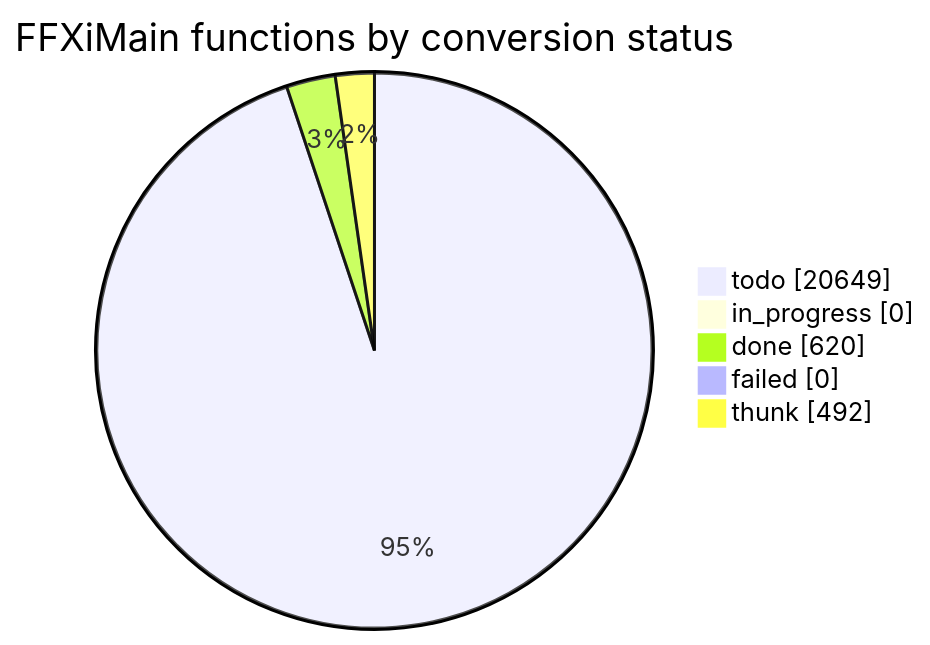
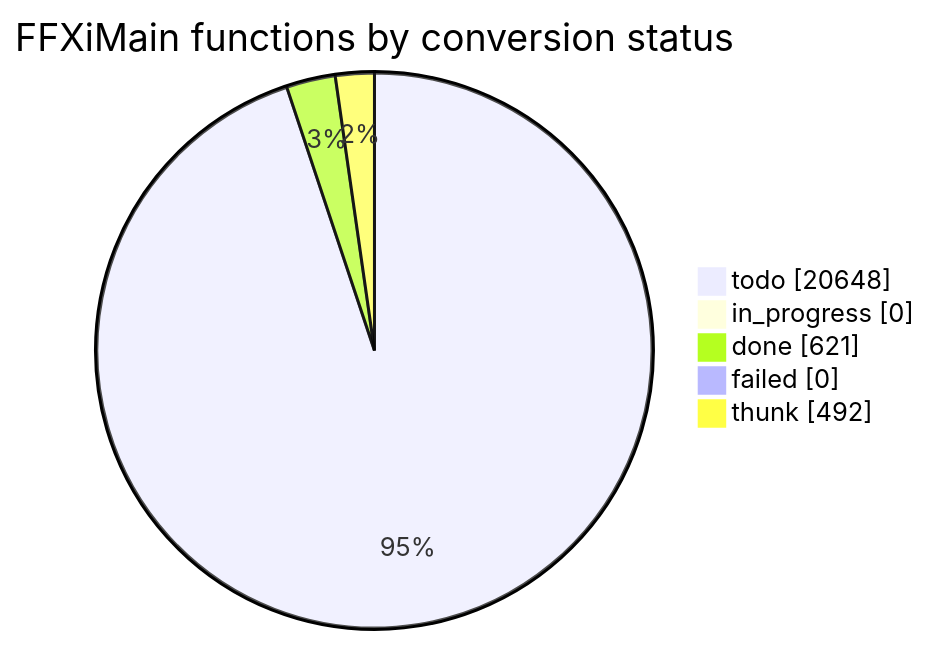
Before and after one commit to cowrevenge/cow_kuluu_xi_anything: the diagram in docs/cow/STATUS.md, drawn with Mermaid. The commit also changed other lines of this file and 9 other files, not shown here.

````diff
--- a/docs/cow/STATUS.md
+++ b/docs/cow/STATUS.md
@@ -18,9 +18,9 @@
 ```mermaid
 pie showData
     title FFXiMain functions by conversion status
-    "todo" : 20649
+    "todo" : 20648
     "in_progress" : 0
-    "done" : 620
+    "done" : 621
     "failed" : 0
     "thunk" : 492
 ```
````
